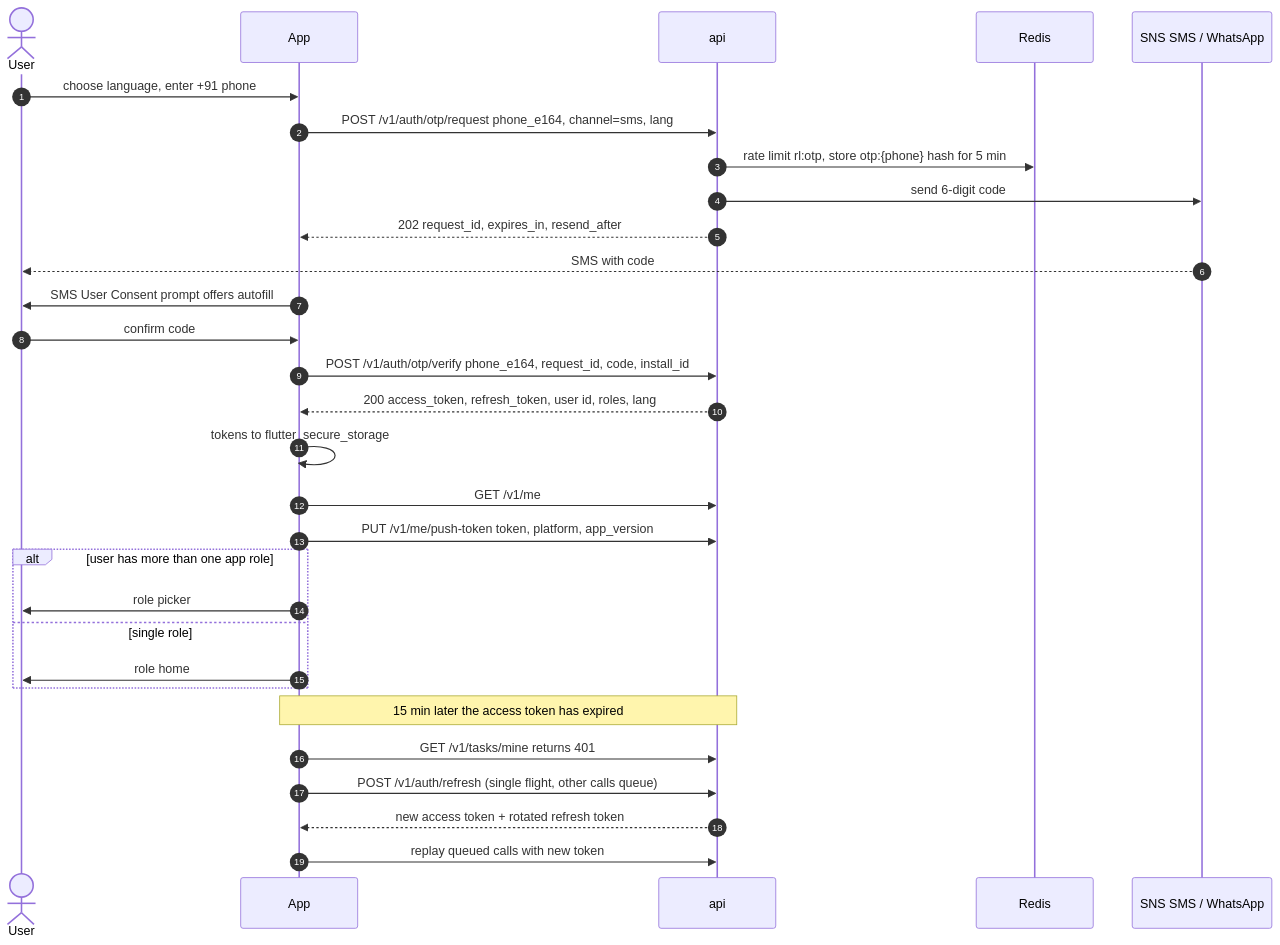
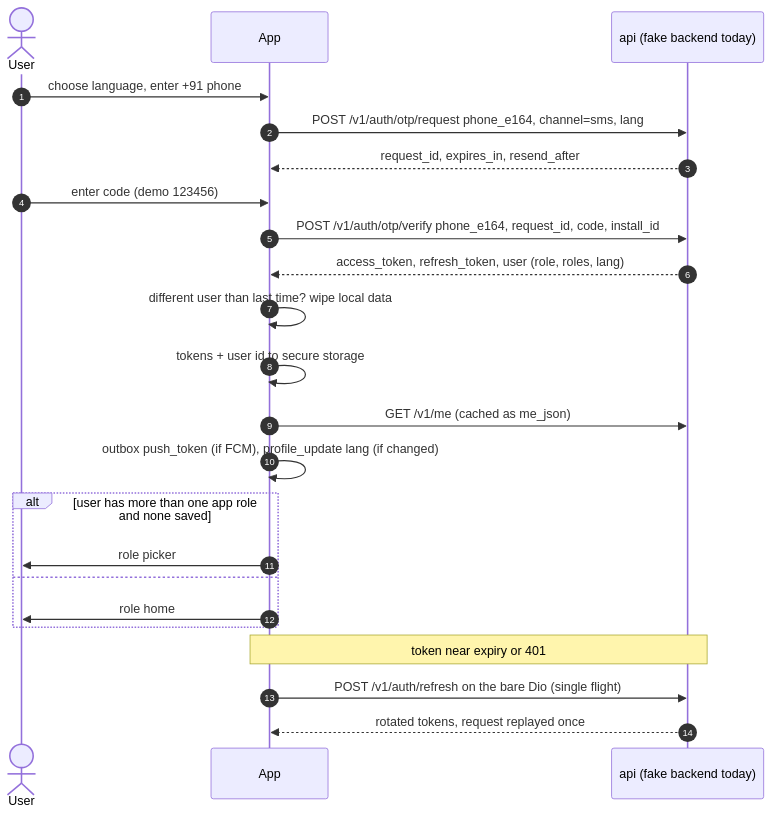
The second of 4 diagrams in docs/app/ARCHITECTURE.md (shankywho/HawaCommand), drawn with Mermaid before and after one commit. The commit also changed other lines of this file and 56 other files, not shown here.

````diff
--- a/docs/app/ARCHITECTURE.md
+++ b/docs/app/ARCHITECTURE.md
@@ -847,32 +710,25 @@
 ```mermaid
 sequenceDiagram
   autonumber
   actor U as User
   participant A as App
-  participant API as api
-  participant R as Redis
-  participant M as SNS SMS / WhatsApp
+  participant API as api (fake backend today)
   U->>A: choose language, enter +91 phone
   A->>API: POST /v1/auth/otp/request phone_e164, channel=sms, lang
-  API->>R: rate limit rl:otp, store otp:{phone} hash for 5 min
-  API->>M: send 6-digit code
-  API-->>A: 202 request_id, expires_in, resend_after
-  M-->>U: SMS with code
-  A->>U: SMS User Consent prompt offers autofill
-  U->>A: confirm code
+  API-->>A: request_id, expires_in, resend_after
+  U->>A: enter code (demo 123456)
   A->>API: POST /v1/auth/otp/verify phone_e164, request_id, code, install_id
-  API-->>A: 200 access_token, refresh_token, user id, roles, lang
-  A->>A: tokens to flutter_secure_storage
-  A->>API: GET /v1/me
-  A->>API: PUT /v1/me/push-token token, platform, app_version
-  alt user has more than one app role
+  API-->>A: access_token, refresh_token, user (role, roles, lang)
+  A->>A: different user than last time? wipe local data
+  A->>A: tokens + user id to secure storage
+  A->>API: GET /v1/me (cached as me_json)
+  A->>A: outbox push_token (if FCM), profile_update lang (if changed)
+  alt user has more than one app role and none saved
     A->>U: role picker
-  else single role
+  else
     A->>U: role home
   end
-  Note over A,API: 15 min later the access token has expired
-  A->>API: GET /v1/tasks/mine returns 401
-  A->>API: POST /v1/auth/refresh (single flight, other calls queue)
-  API-->>A: new access token + rotated refresh token
-  A->>API: replay queued calls with new token
+  Note over A,API: token near expiry or 401
+  A->>API: POST /v1/auth/refresh on the bare Dio (single flight)
+  API-->>A: rotated tokens, request replayed once
 ```
````
